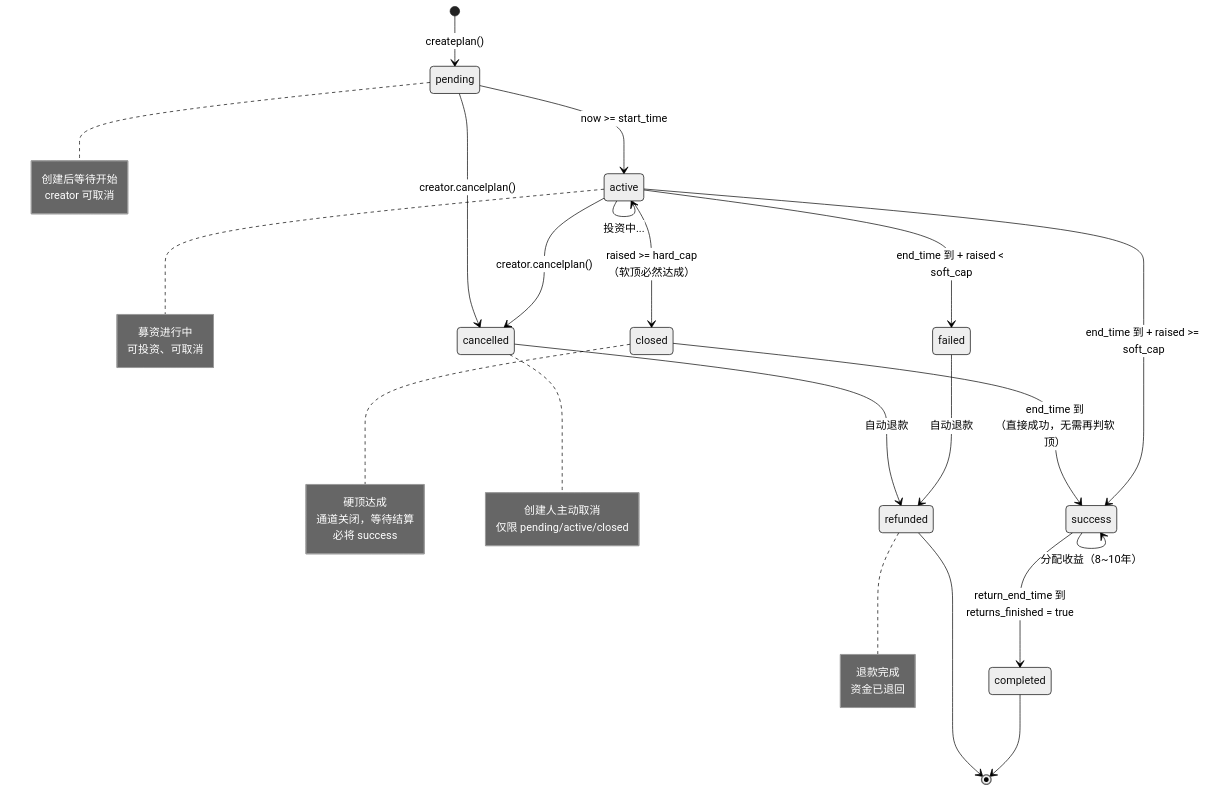
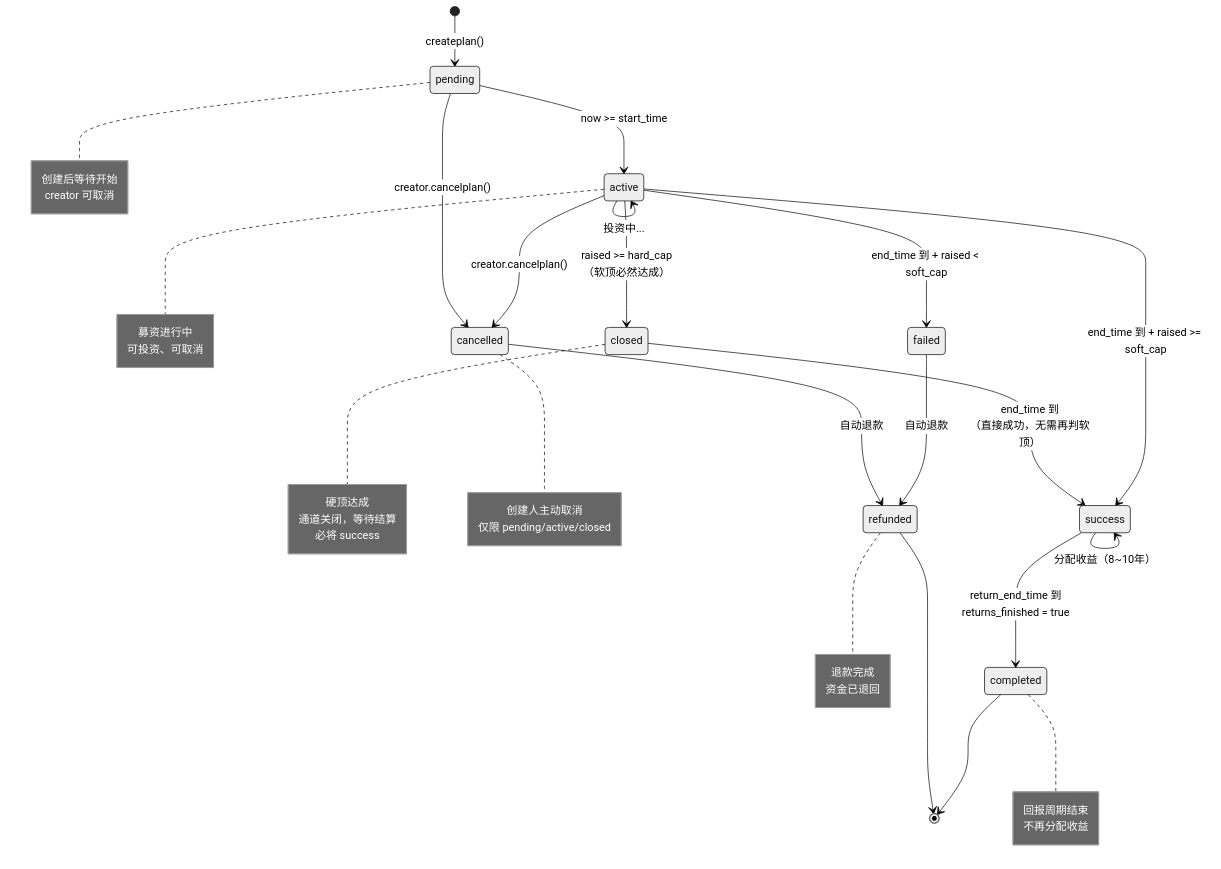
Before and after one commit to fullon-labs/self_research: the second of 2 diagrams in rwa-tokenomics.md, drawn with Mermaid (neutral theme).

````diff
--- a/rwa-tokenomics.md
+++ b/rwa-tokenomics.md
@@ -24,58 +24,63 @@
 ```mermaid
 stateDiagram-v2
     [*] --> pending : createplan()
 
     %% 1. 启动阶段
     pending --> active : now >= start_time
     pending --> cancelled : creator.cancelplan()
 
     %% 2. 募资进行中
     active --> closed : raised >= hard_cap<br/>（软顶必然达成）
     active --> active : 投资中...
     active --> cancelled : creator.cancelplan()
 
     %% 3. 硬顶关闭（等待截止）
     closed --> success : end_time 到<br/>（直接成功，无需再判软顶）
 
     %% 4. 正常截止结算
     active --> success : end_time 到 + raised >= soft_cap
     active --> failed : end_time 到 + raised < soft_cap
 
     %% 5. 取消与失败 → 退款
     cancelled --> refunded : 自动退款
     failed --> refunded : 自动退款
     refunded --> [*]
 
     %% 6. 成功 → 回报 → 完结
     success --> completed : return_end_time 到<br/>returns_finished = true
     success --> success : 分配收益（8~10年）
 
     completed --> [*]
 
     %% 注释
     note right of pending
         创建后等待开始
         creator 可取消
     end note
 
     note right of active
         募资进行中
         可投资、可取消
     end note
 
     note right of closed
         硬顶达成
         通道关闭，等待结算
         必将 success
     end note
 
     note right of cancelled
         创建人主动取消
         仅限 pending/active/closed
     end note
 
     note right of refunded
         退款完成
         资金已退回
     end note
+
+    note right of completed
+        回报周期结束
+        不再分配收益
+    end note
 ```
````
